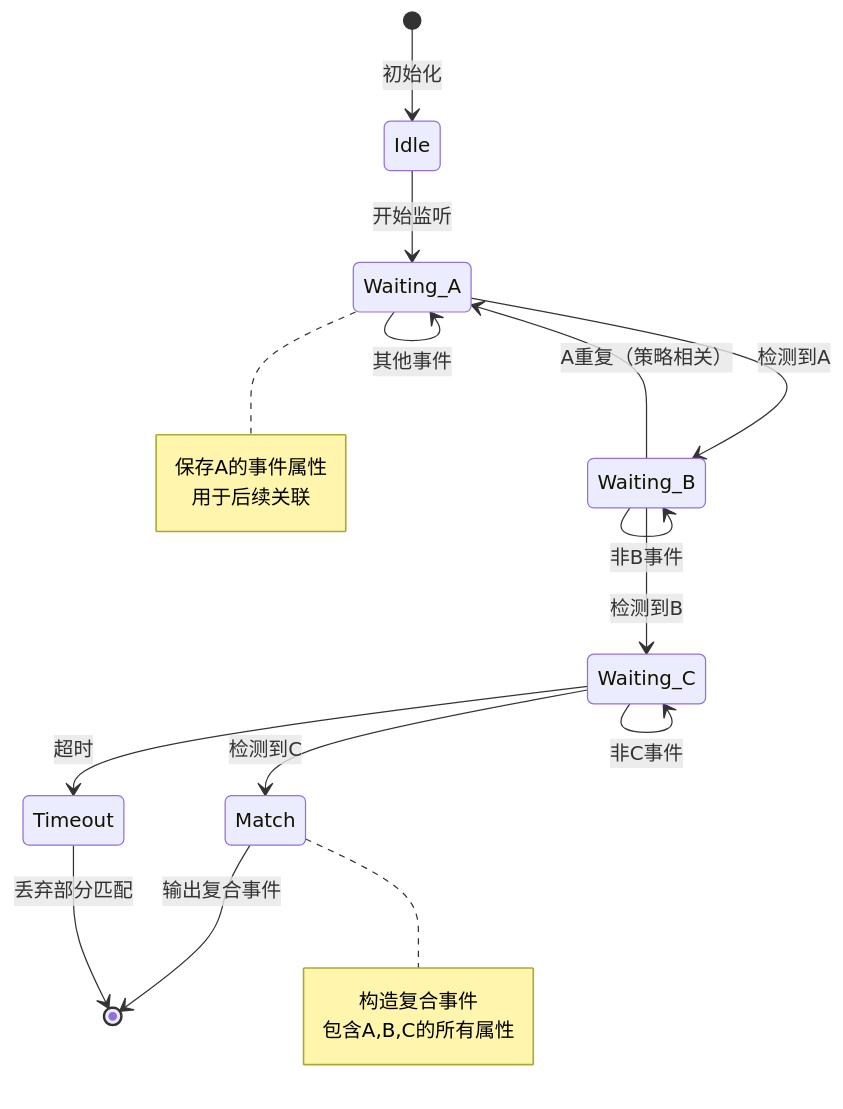
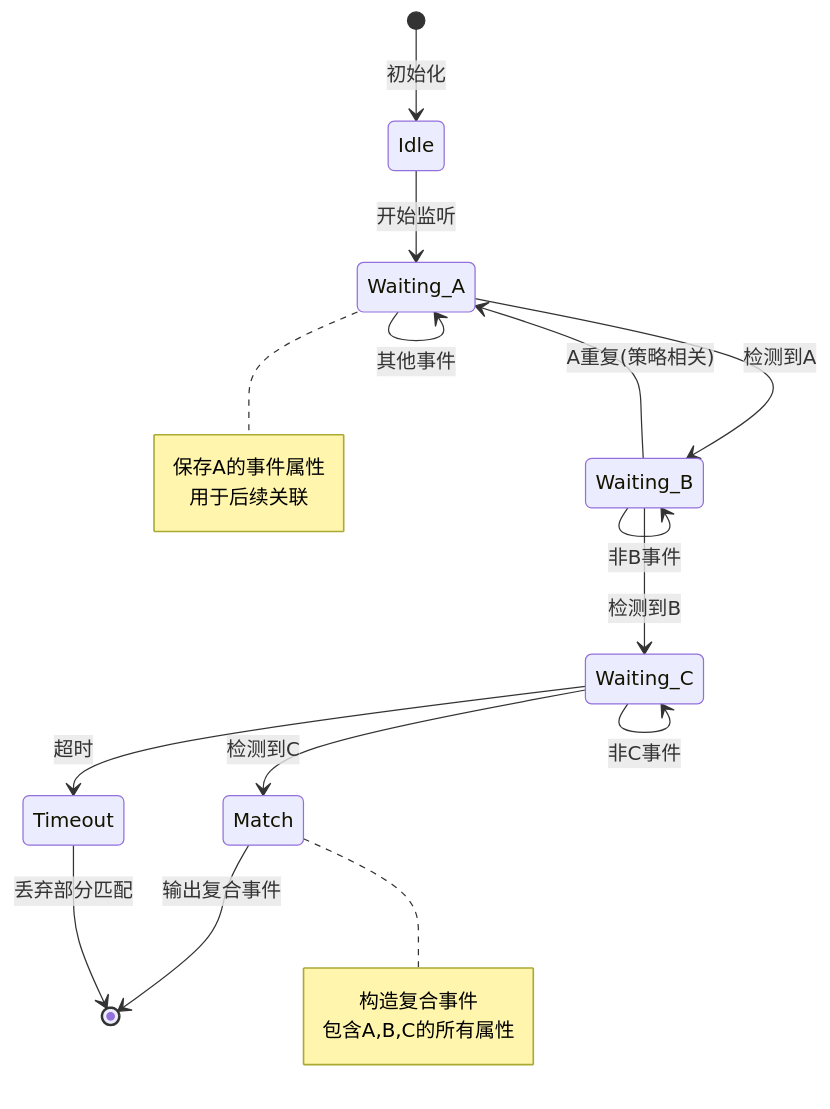
Before and after one commit to AdaMartin18010/AnalysisDataFlow: the second of 5 diagrams in Struct/06-frontier/complex-event-processing-formal-theory.md, drawn with Mermaid. The commit also changed 634 other files, not shown here.

````diff
--- a/Struct/06-frontier/complex-event-processing-formal-theory.md
+++ b/Struct/06-frontier/complex-event-processing-formal-theory.md
@@ -699,29 +699,29 @@
 ```mermaid
 stateDiagram-v2
     [*] --> Idle: 初始化
 
     Idle --> Waiting_A: 开始监听
     Waiting_A --> Waiting_B: 检测到A
     Waiting_A --> Waiting_A: 其他事件
 
     Waiting_B --> Waiting_C: 检测到B
     Waiting_B --> Waiting_B: 非B事件
-    Waiting_B --> Waiting_A: A重复（策略相关）
+    Waiting_B --> Waiting_A: A重复(策略相关)
 
     Waiting_C --> Match: 检测到C
     Waiting_C --> Waiting_C: 非C事件
     Waiting_C --> Timeout: 超时
 
     Match --> [*]: 输出复合事件
     Timeout --> [*]: 丢弃部分匹配
 
     note right of Waiting_A
         保存A的事件属性
         用于后续关联
     end note
 
     note right of Match
         构造复合事件
         包含A,B,C的所有属性
     end note
 ```
````
